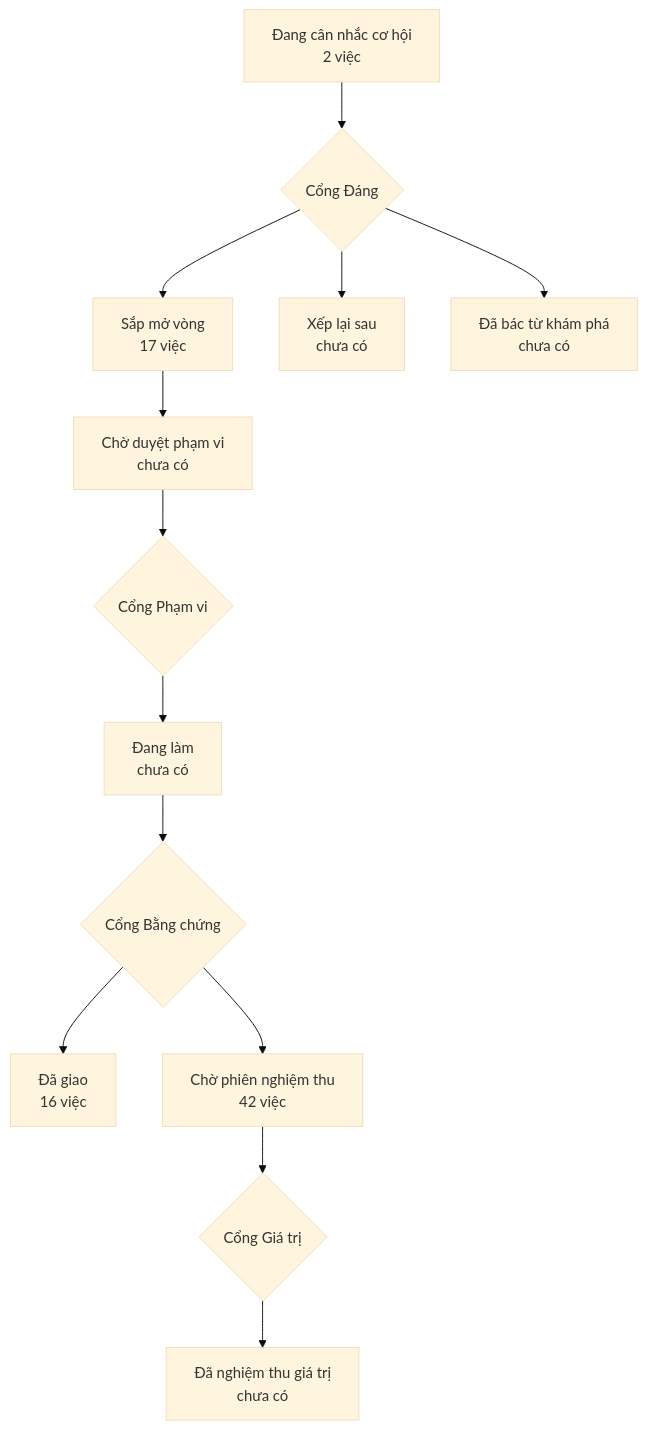
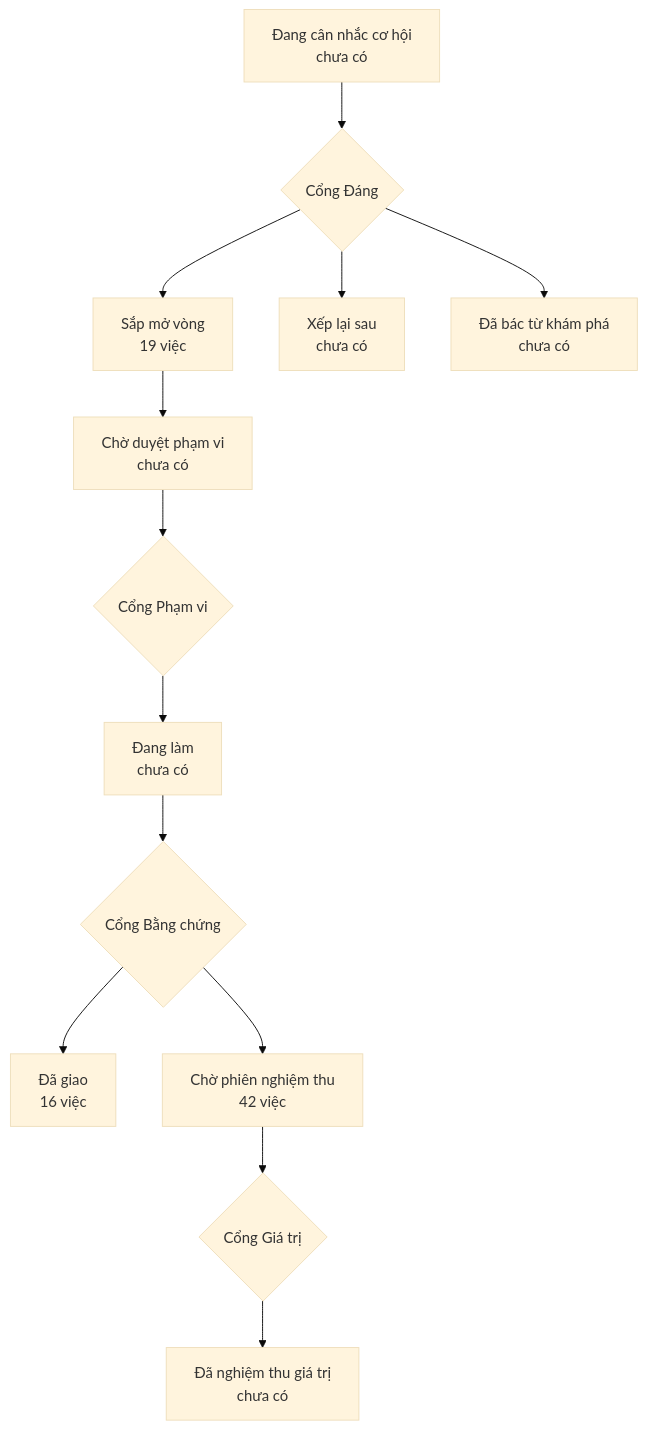
The diagram in PRODUCT-MAP.md (phanlemanh/onehub-quy-hang), drawn with Mermaid (base theme) before and after one commit. The commit also changed other lines of this file and 4 other files, not shown here.

````diff
--- a/PRODUCT-MAP.md
+++ b/PRODUCT-MAP.md
@@ -7,12 +7,12 @@
 ```mermaid
 flowchart TD
-  A["Đang cân nhắc cơ hội<br/>2 việc"] --> GD{"Cổng Đáng"}
-  GD --> B["Sắp mở vòng<br/>17 việc"]
+  A["Đang cân nhắc cơ hội<br/>chưa có"] --> GD{"Cổng Đáng"}
+  GD --> B["Sắp mở vòng<br/>19 việc"]
   GD --> XL["Xếp lại sau<br/>chưa có"]
   GD --> DB["Đã bác từ khám phá<br/>chưa có"]
   B --> CD["Chờ duyệt phạm vi<br/>chưa có"] --> GP{"Cổng Phạm vi"}
   GP --> DL["Đang làm<br/>chưa có"] --> GB{"Cổng Bằng chứng"}
   GB --> DG["Đã giao<br/>16 việc"]
   GB --> CN["Chờ phiên nghiệm thu<br/>42 việc"] --> GG{"Cổng Giá trị"}
   GG --> NT["Đã nghiệm thu giá trị<br/>chưa có"]
 ```
````
